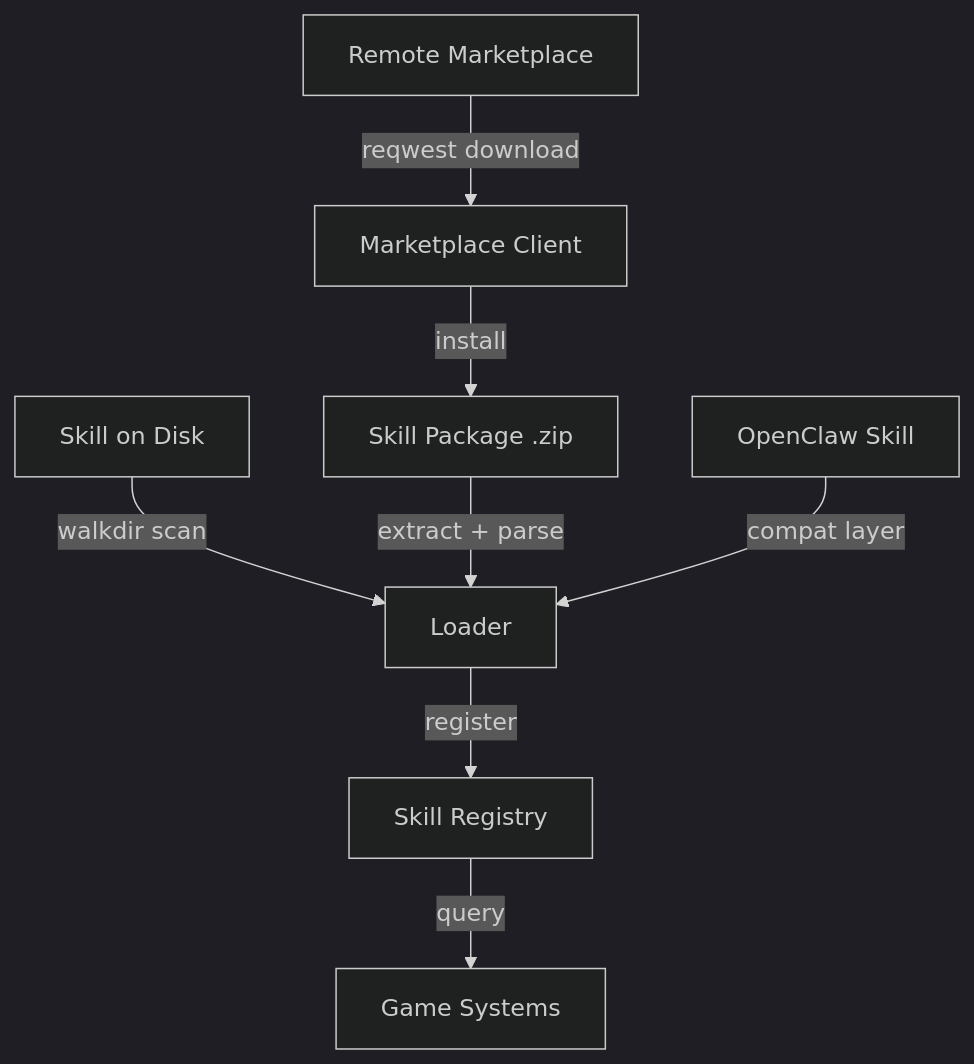
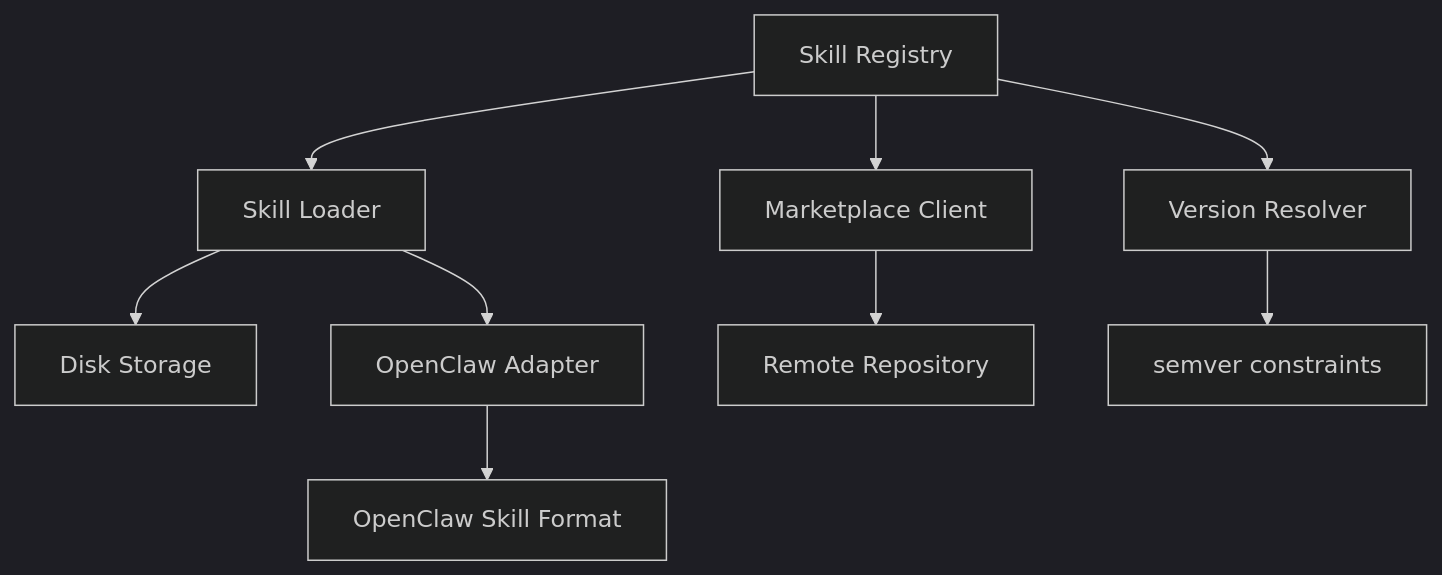
Before and after one commit to leszek3737/librefang-WIki: the diagram in other-librefang-skills.md, drawn with Mermaid (dark theme). The commit also changed other lines of this file and 126 other files, not shown here.

````diff
--- a/other-librefang-skills.md
+++ b/other-librefang-skills.md
@@ -19,10 +13,11 @@
 ```mermaid
 graph TD
-    A[Skill on Disk] -->|walkdir scan| B[Loader]
-    C[Skill Package .zip] -->|extract + parse| B
-    D[Remote Marketplace] -->|reqwest download| E[Marketplace Client]
-    E -->|install| C
-    B -->|register| F[Skill Registry]
-    F -->|query| G[Game Systems]
-    H[OpenClaw Skill] -->|compat layer| B
+    A[Skill Registry] --> B[Skill Loader]
+    B --> C[Disk Storage]
+    A --> D[Marketplace Client]
+    D --> E[Remote Repository]
+    B --> F[OpenClaw Adapter]
+    F --> G[OpenClaw Skill Format]
+    A --> H[Version Resolver]
+    H --> I[semver constraints]
 ```
````
